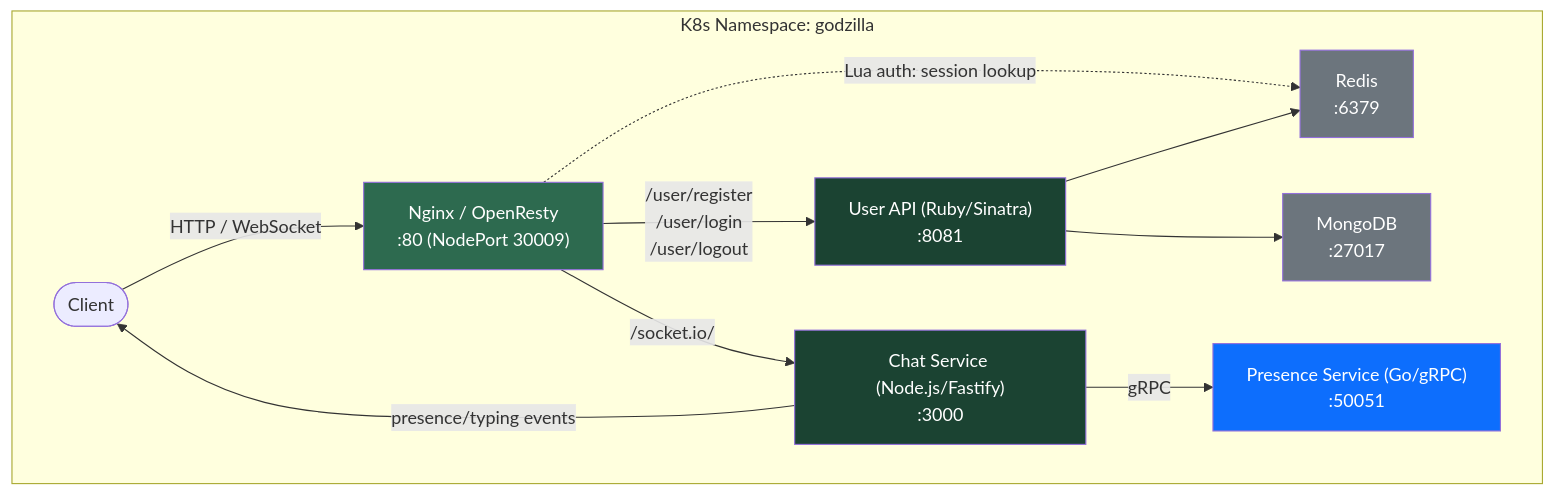
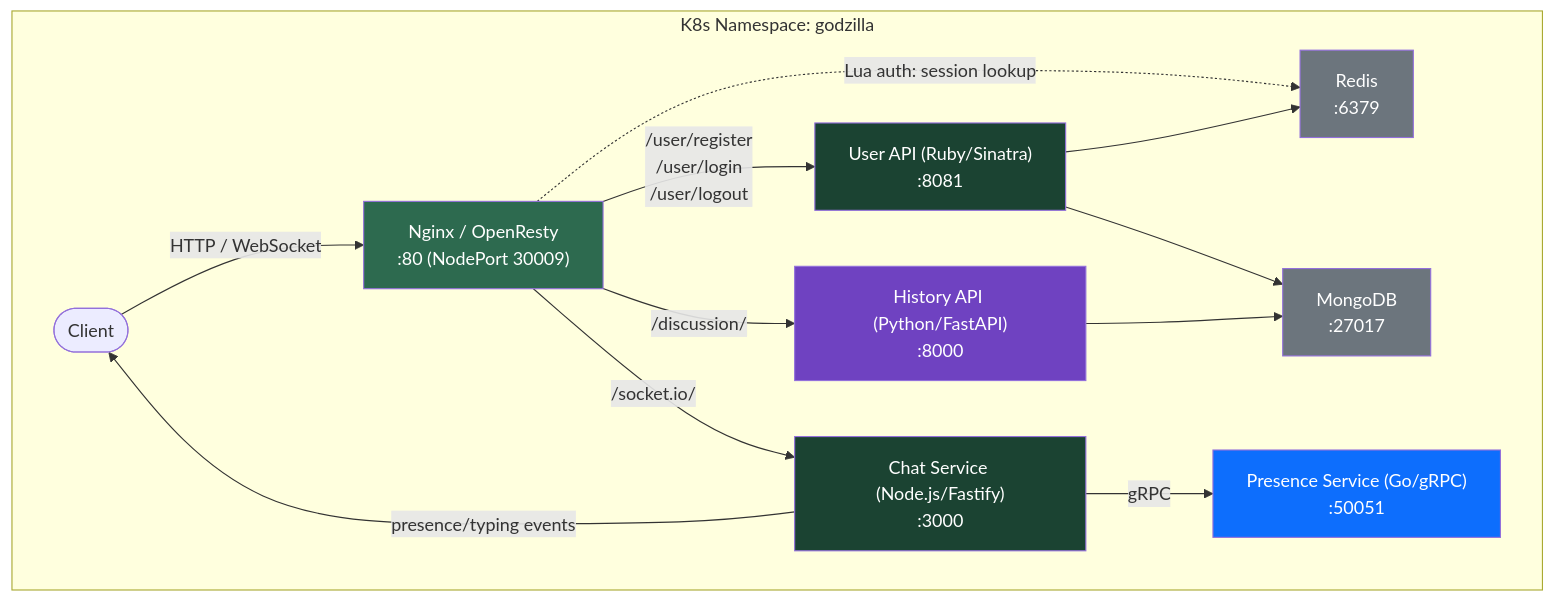
The first of 2 diagrams in README.md (adrienschuler/godzilla), drawn with Mermaid before and after one commit. The commit also changed other lines of this file and 3 other files, not shown here.

````diff
--- a/README.md
+++ b/README.md
@@ -34,24 +34,27 @@
 ```mermaid
 graph TD
     Client([Client]) -->|HTTP / WebSocket| Gateway
 
     subgraph K8s Namespace: godzilla
         Gateway["Nginx / OpenResty<br>:80 (NodePort 30009)"]
 
         Gateway -->|/user/register<br>/user/login<br>/user/logout| UserAPI["User API (Ruby/Sinatra)<br>:8081"]
         Gateway -->|/socket.io/| Chat["Chat Service (Node.js/Fastify)<br>:3000"]
+        Gateway -->|/discussion/| History["History API (Python/FastAPI)<br>:8000"]
         Gateway -.->|Lua auth: session lookup| Redis
 
         UserAPI --> MongoDB["MongoDB<br>:27017"]
         UserAPI --> Redis["Redis<br>:6379"]
         Chat -->|gRPC| Presence["Presence Service (Go/gRPC)<br>:50051"]
         Chat -->|presence/typing events| Client
+        History --> MongoDB
     end
 
     style Gateway fill:#2d6a4f,color:#fff
     style UserAPI fill:#1b4332,color:#fff
     style Chat fill:#1b4332,color:#fff
     style Presence fill:#0d6efd,color:#fff
+    style History fill:#6f42c1,color:#fff
     style MongoDB fill:#6c757d,color:#fff
     style Redis fill:#6c757d,color:#fff
 ```
````
